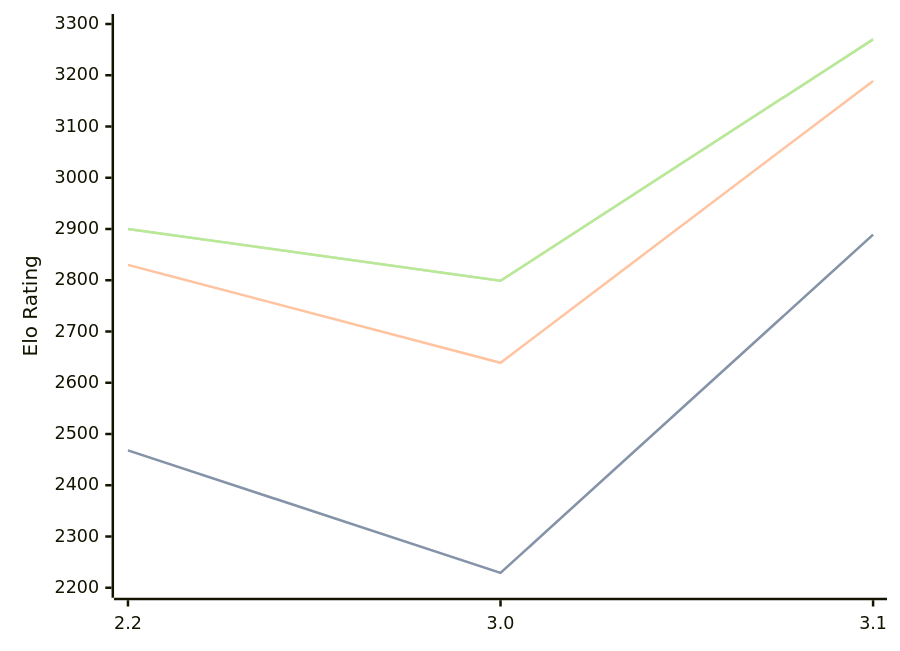
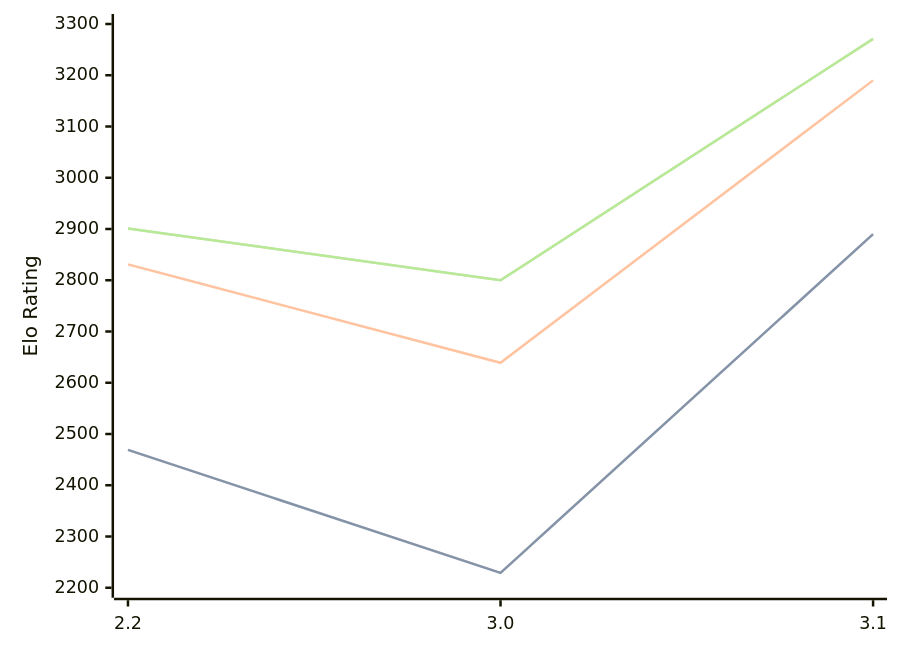
The diagram in engines/Thrawn.md (computer-chess-index/cci), drawn with Mermaid before and after one commit. The commit also changed other lines of this file, not shown here.

Commit message:
Update CCI Ratings (ELO VLTC) - 2026-09-01

````diff
--- a/engines/Thrawn.md
+++ b/engines/Thrawn.md
@@ -33,11 +33,11 @@
 ```mermaid
 %%{init: {"theme":"base","themeVariables":{"seriesColors:['#a3a3a3','#222221','#faa371']}}}%%
 xychart-beta
   x-axis ["2.2", "3.0", "3.1"]
   y-axis "Elo Rating" 2200 --> 3300
-  line "" [2468, 2229, 2889]
-  line "STC (8.0+0.08s)" [2468, 2229, 2889]
-  line "LTC (60.0+0.60s)" [2830, 2639, 3189]
-  line "" [2900, 2799, 3270]
-  line "VLTC (2m24s+1.12s)" [2900, 2799, 3270]
+  line "" [2469, 2229, 2890]
+  line "STC (8.0+0.08s)" [2469, 2229, 2890]
+  line "LTC (60.0+0.60s)" [2831, 2639, 3190]
+  line "" [2901, 2800, 3271]
+  line "VLTC (2m24s+1.12s)" [2901, 2800, 3271]
 ```
````
